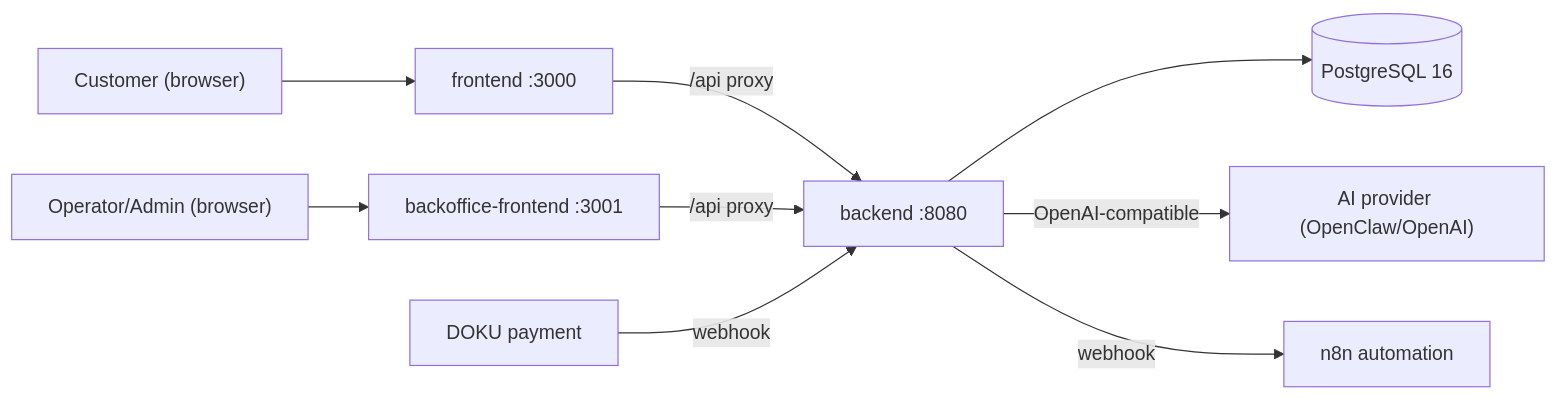
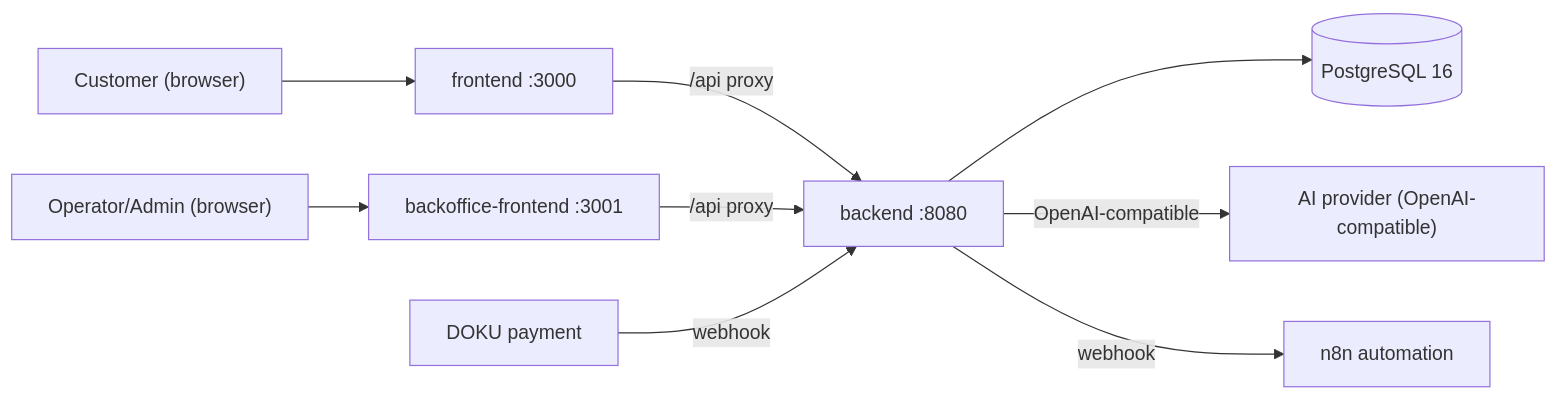
The first of 3 diagrams in docs/ai/architecture.md (Rozzi21/VeroAiAgents), drawn with Mermaid before and after one commit. The commit also changed 20 other files, not shown here.

````diff
--- a/docs/ai/architecture.md
+++ b/docs/ai/architecture.md
@@ -17,11 +17,11 @@
 ```mermaid
 flowchart LR
   Customer["Customer (browser)"] --> FE["frontend :3000"]
   Operator["Operator/Admin (browser)"] --> BO["backoffice-frontend :3001"]
   FE -->|"/api proxy"| BE["backend :8080"]
   BO -->|"/api proxy"| BE
   BE --> PG[("PostgreSQL 16")]
-  BE -->|"OpenAI-compatible"| AI["AI provider (OpenClaw/OpenAI)"]
+  BE -->|"OpenAI-compatible"| AI["AI provider (OpenAI-compatible)"]
   BE -->|"webhook"| N8N["n8n automation"]
   DOKU["DOKU payment"] -->|"webhook"| BE
 ```
````
